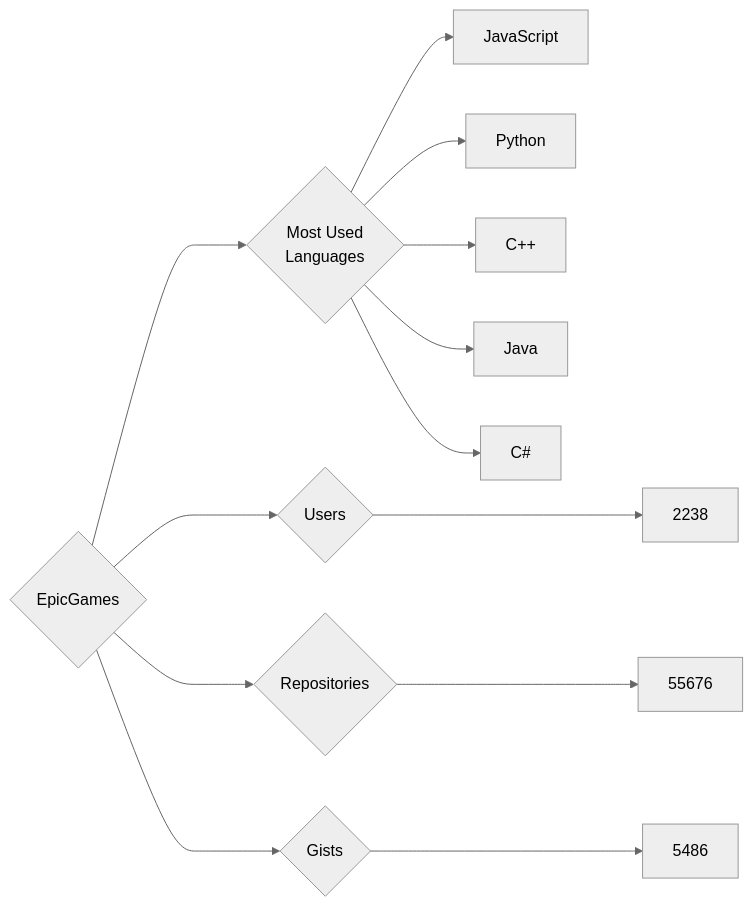
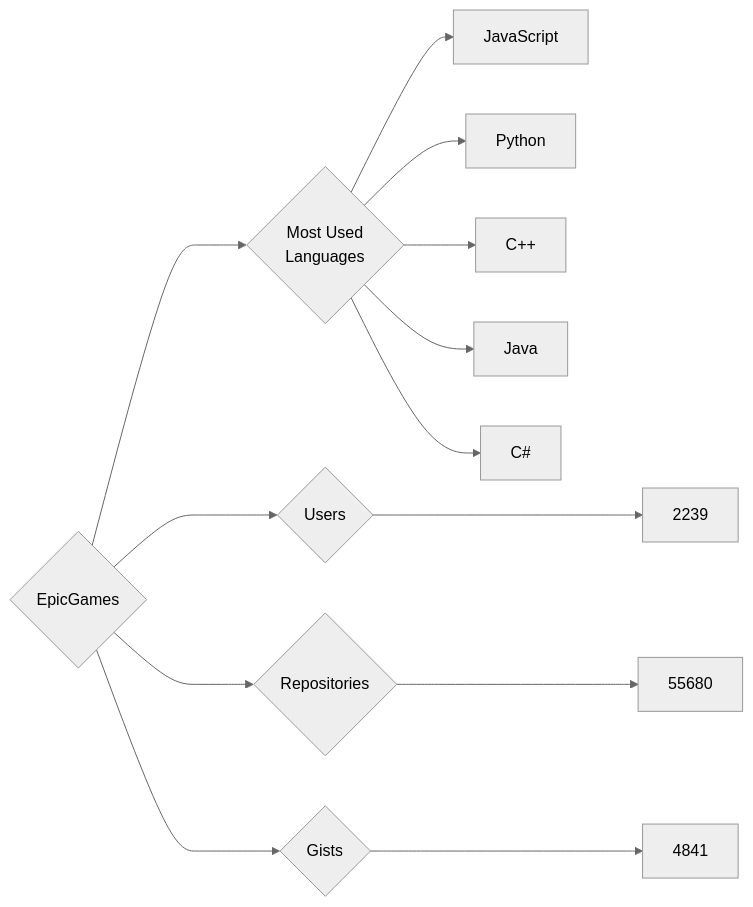
The diagram in targets/EpicGames/README.md (trickest/insiders), drawn with Mermaid (neutral theme) before and after one commit. The commit also changed 969 other files, not shown here.

````diff
--- a/targets/EpicGames/README.md
+++ b/targets/EpicGames/README.md
@@ -3,13 +3,13 @@
 ```mermaid
 graph LR
 COMPANY_NAME{EpicGames}
-COMPANY_NAME ---> U{Users} ---> UN[2238]
-COMPANY_NAME ---> R{Repositories} ---> RN[55676]
-COMPANY_NAME ---> G{Gists} ---> GN[5486]
+COMPANY_NAME ---> U{Users} ---> UN[2239]
+COMPANY_NAME ---> R{Repositories} ---> RN[55680]
+COMPANY_NAME ---> G{Gists} ---> GN[4841]
 COMPANY_NAME ---> ML{Most Used<br>Languages}
 ML --> JavaScript[JavaScript]
 ML --> Python[Python]
 ML --> C++[C++]
 ML --> Java[Java]
 ML --> C#[C#]
 ```
````
